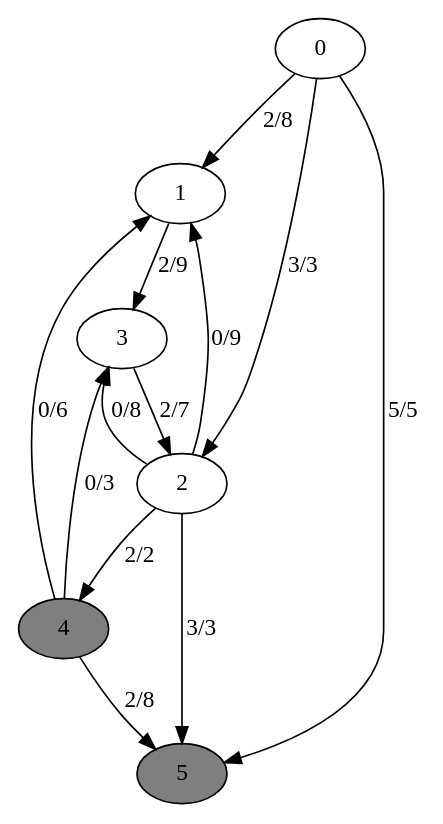
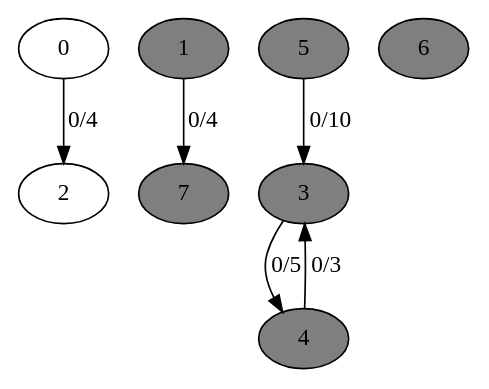
One commit to vnce100/Metamorph changed the diagram in res/testFlow/test12.dot. Above: the diagram before and after it, drawn with Graphviz. The commit also changed 401 other files, not shown here.

```diff
--- a/res/testFlow/test12.dot
+++ b/res/testFlow/test12.dot
@@ -1,20 +1,15 @@
 digraph G {
 	0[style=filled fillcolor=grey100];
-	0->1[label ="2/8"] ;
-	0->2[label ="3/3"] ;
-	0->5[label ="5/5"] ;
-	1[style=filled fillcolor=grey100];
-	1->3[label ="2/9"] ;
+	0->2[label ="0/4"] ;
+	1[style=filled fillcolor=grey50];
+	1->7[label ="0/4"] ;
 	2[style=filled fillcolor=grey100];
-	2->1[label ="0/9"] ;
-	2->3[label ="0/8"] ;
-	2->4[label ="2/2"] ;
-	2->5[label ="3/3"] ;
-	3[style=filled fillcolor=grey100];
-	3->2[label ="2/7"] ;
+	3[style=filled fillcolor=grey50];
+	3->4[label ="0/5"] ;
 	4[style=filled fillcolor=grey50];
-	4->1[label ="0/6"] ;
 	4->3[label ="0/3"] ;
-	4->5[label ="2/8"] ;
 	5[style=filled fillcolor=grey50];
+	5->3[label ="0/10"] ;
+	6[style=filled fillcolor=grey50];
+	7[style=filled fillcolor=grey50];
 }
```
